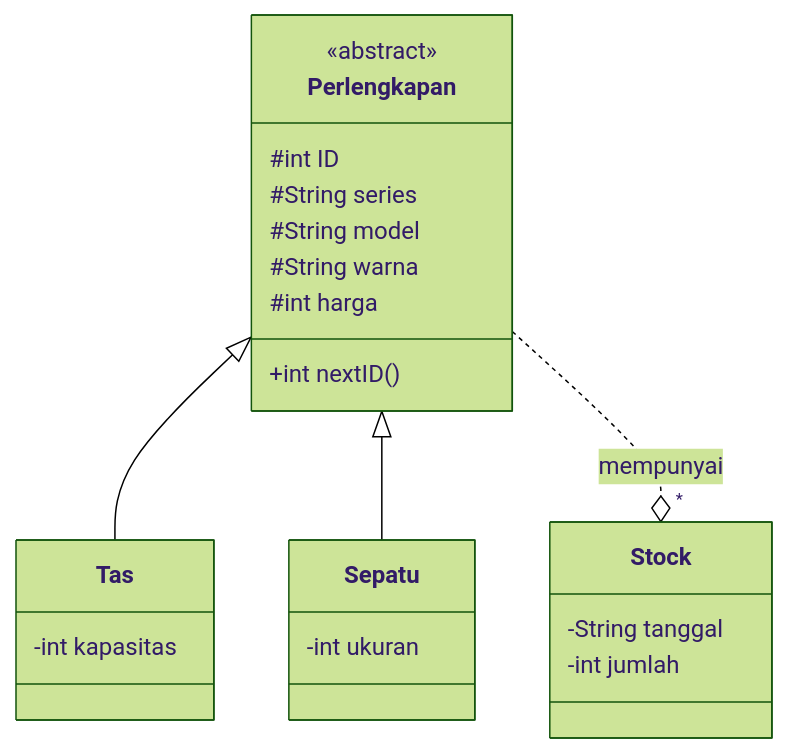
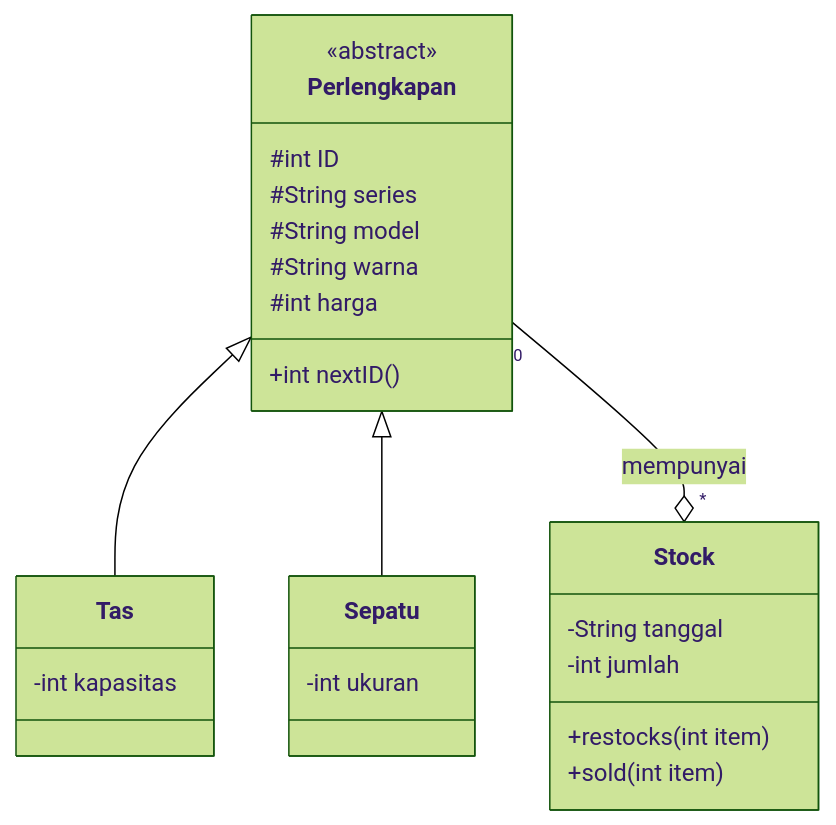
The first of 3 diagrams in README.md (achieto/Tugas-PBO), drawn with Mermaid (forest theme) before and after one commit. The commit also changed other lines of this file, not shown here.

````diff
--- a/README.md
+++ b/README.md
@@ -3,27 +3,29 @@
 ```mermaid
 classDiagram
       Perlengkapan <|-- Tas
       Perlengkapan <|-- Sepatu
-      Perlengkapan ..o"*" Stock : mempunyai
+      Perlengkapan "0"--o"*" Stock : mempunyai
 
       class Perlengkapan{
         <<abstract>>
         #int ID
         #String series
         #String model
         #String warna
         #int harga
         +int nextID()
       }
       
       class Tas{
           -int kapasitas
       }
       class Sepatu{
           -int ukuran
       }
       class Stock{
           -String tanggal
           -int jumlah
+          +restocks(int item)
+          +sold(int item)
       }
 ```		
````
